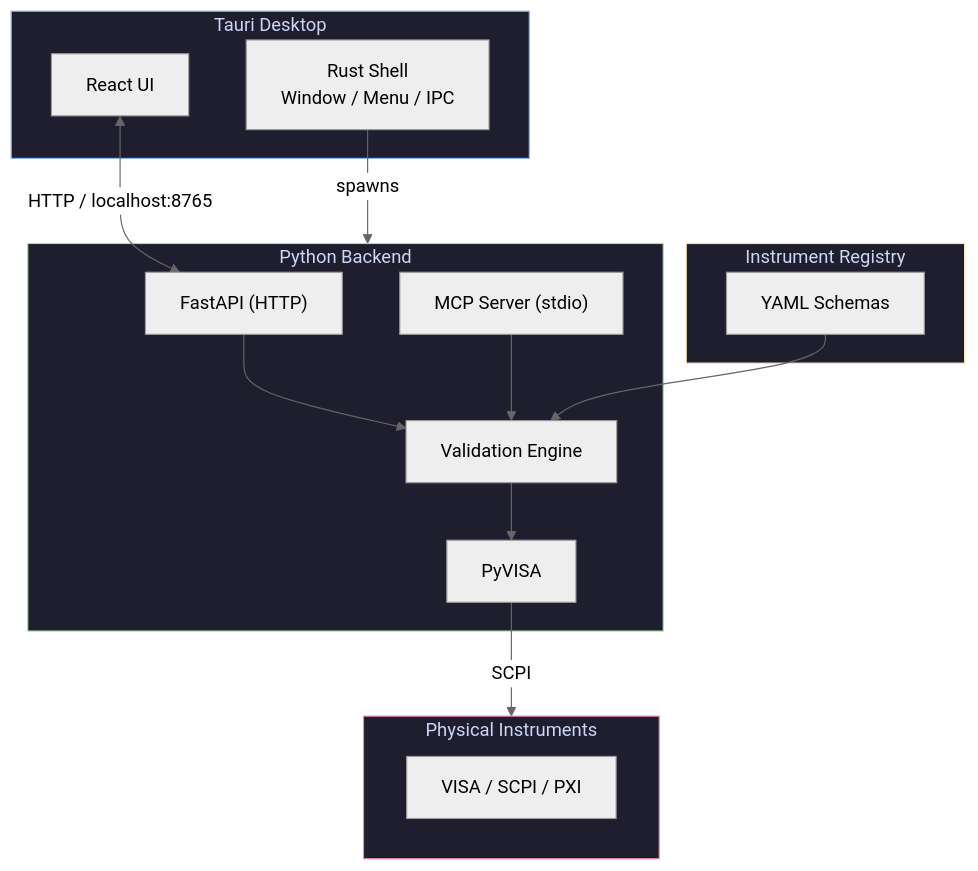
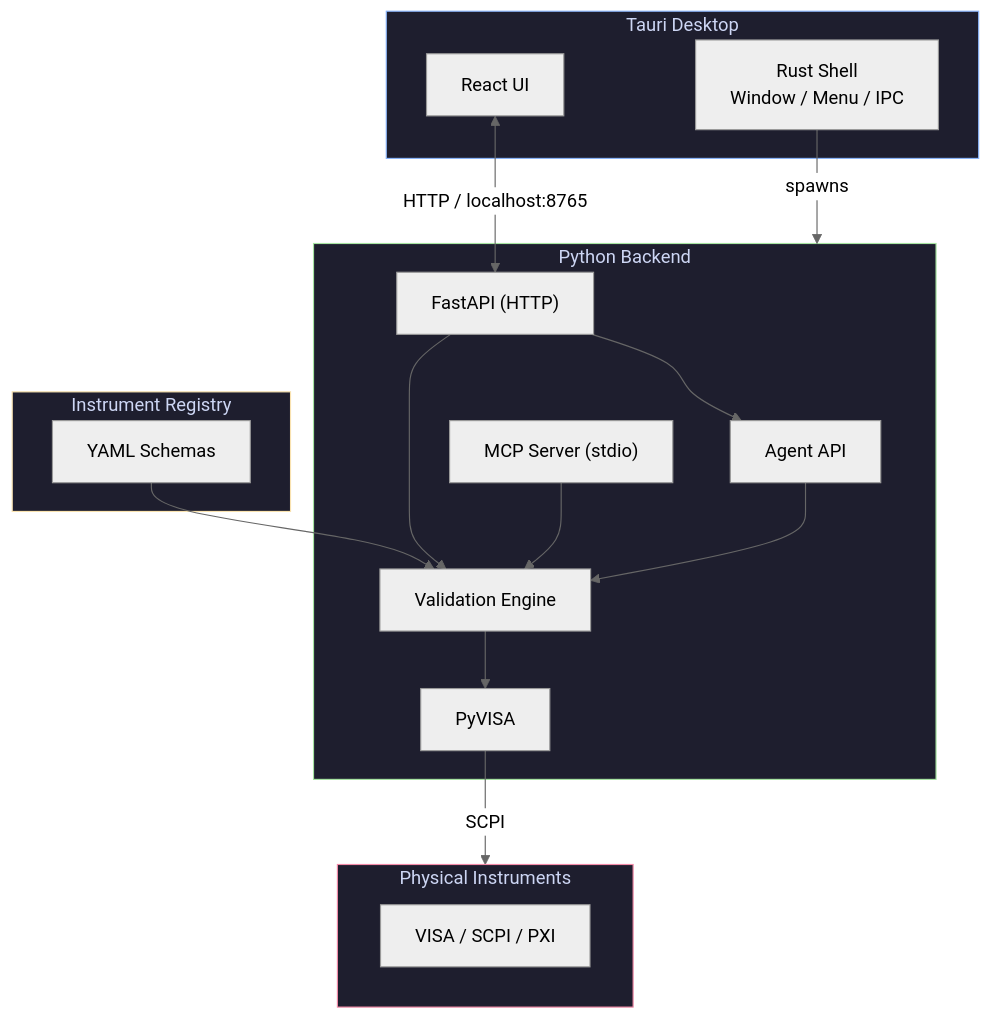
Before and after one commit to RainfallMax/instr-core: the third of 3 diagrams in README.md, drawn with Mermaid (neutral theme). The commit also changed other lines of this file and 1 other file, not shown here.

Commit message:
docs: reposition README around AI experiment agent

````diff
--- a/README.md
+++ b/README.md
@@ -98,35 +188,38 @@
 ```mermaid
 flowchart TD
     subgraph DESKTOP["Tauri Desktop"]
         UI["React UI"]
         RUST["Rust Shell\nWindow / Menu / IPC"]
     end
 
     subgraph PYTHON["Python Backend"]
+        AGENT["Agent API"]
         API["FastAPI (HTTP)"]
         MCP["MCP Server (stdio)"]
         ENG["Validation Engine"]
         VISA["PyVISA"]
     end
 
     subgraph REG["Instrument Registry"]
         E["YAML Schemas"]
     end
 
     subgraph HW["Physical Instruments"]
         H["VISA / SCPI / PXI"]
     end
 
     UI <-->|"HTTP / localhost:8765"| API
     RUST -->|"spawns"| PYTHON
+    API --> AGENT
+    AGENT --> ENG
     API --> ENG
     MCP --> ENG
     ENG --> VISA
     VISA -->|"SCPI"| HW
     E --> ENG
 
     style DESKTOP fill:#1e1e2e,stroke:#89b4fa,color:#cdd6f4
     style PYTHON fill:#1e1e2e,stroke:#a6e3a1,color:#cdd6f4
     style REG fill:#1e1e2e,stroke:#f9e2af,color:#cdd6f4
     style HW fill:#1e1e2e,stroke:#f38ba8,color:#cdd6f4
 ```
````
